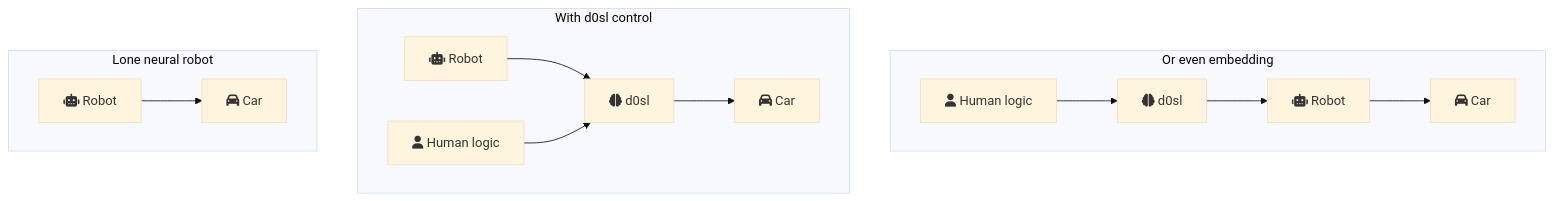
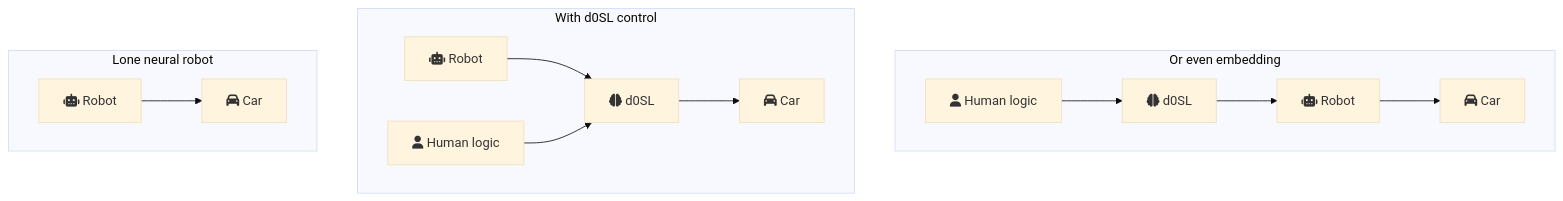
Before and after one commit to d0sl/doc-site: the diagram in content/en/_index.en.md, drawn with Mermaid (base theme). The commit also changed other lines of this file and 1 other file, not shown here.

```diff
--- a/content/en/_index.en.md
+++ b/content/en/_index.en.md
@@ -89,17 +47,17 @@
 {{<mermaid align="left">}}
 graph TB
     subgraph Or even embedding
     c1[fa:fa-robot Robot]-->c2[fa:fa-car Car]
-    c3[fa:fa-user Human logic]-->c4[fa:fa-brain d0sl]
+    c3[fa:fa-user Human logic]-->c4[fa:fa-brain d0SL]
     c4-->c1
     end
-    subgraph With d0sl control
-    a1[fa:fa-robot Robot]-->a2[fa:fa-brain d0sl]
-    a4[fa:fa-user Human logic]-->a2[fa:fa-brain d0sl]
+    subgraph With d0SL control
+    a1[fa:fa-robot Robot]-->a2[fa:fa-brain d0SL]
+    a4[fa:fa-user Human logic]-->a2[fa:fa-brain d0SL]
     a2-->a3[fa:fa-car Car]
     end
     subgraph Lone neural robot
     b1[fa:fa-robot Robot]-->b2[fa:fa-car Car]
     end
 
 {{< /mermaid >}}
```
